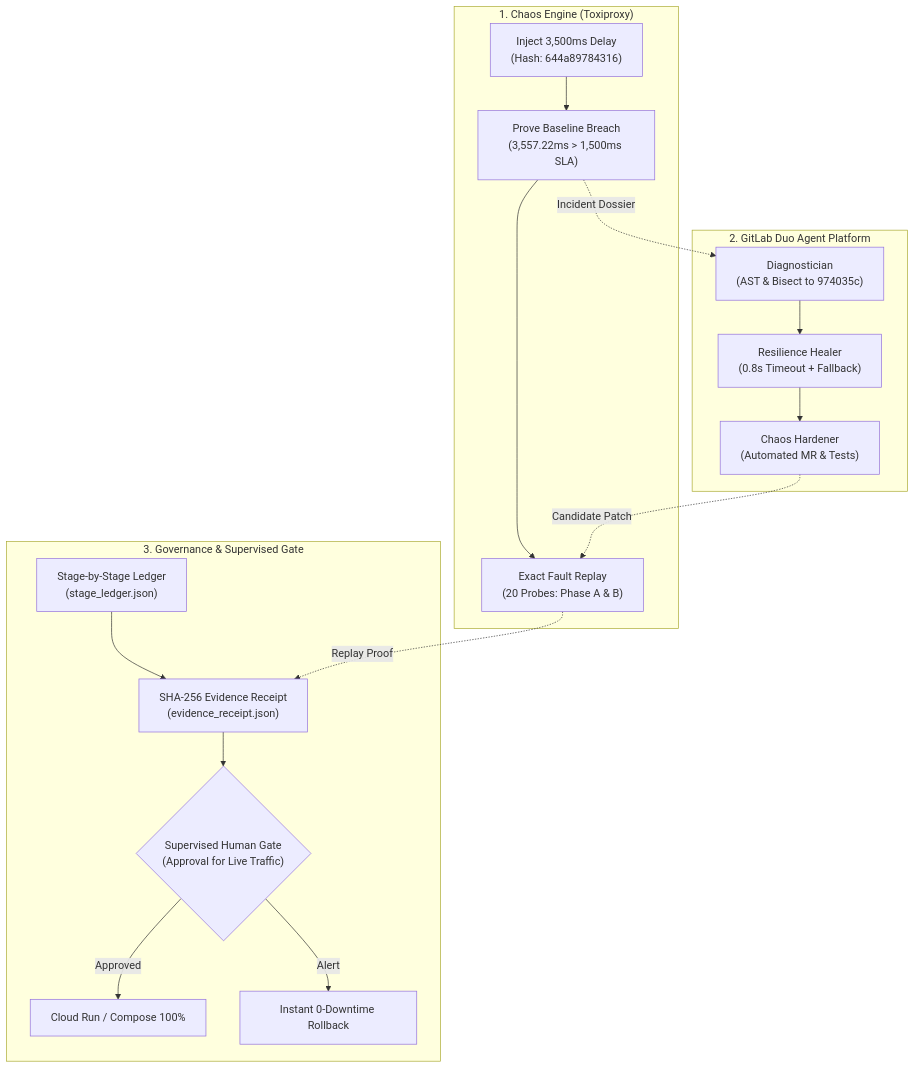
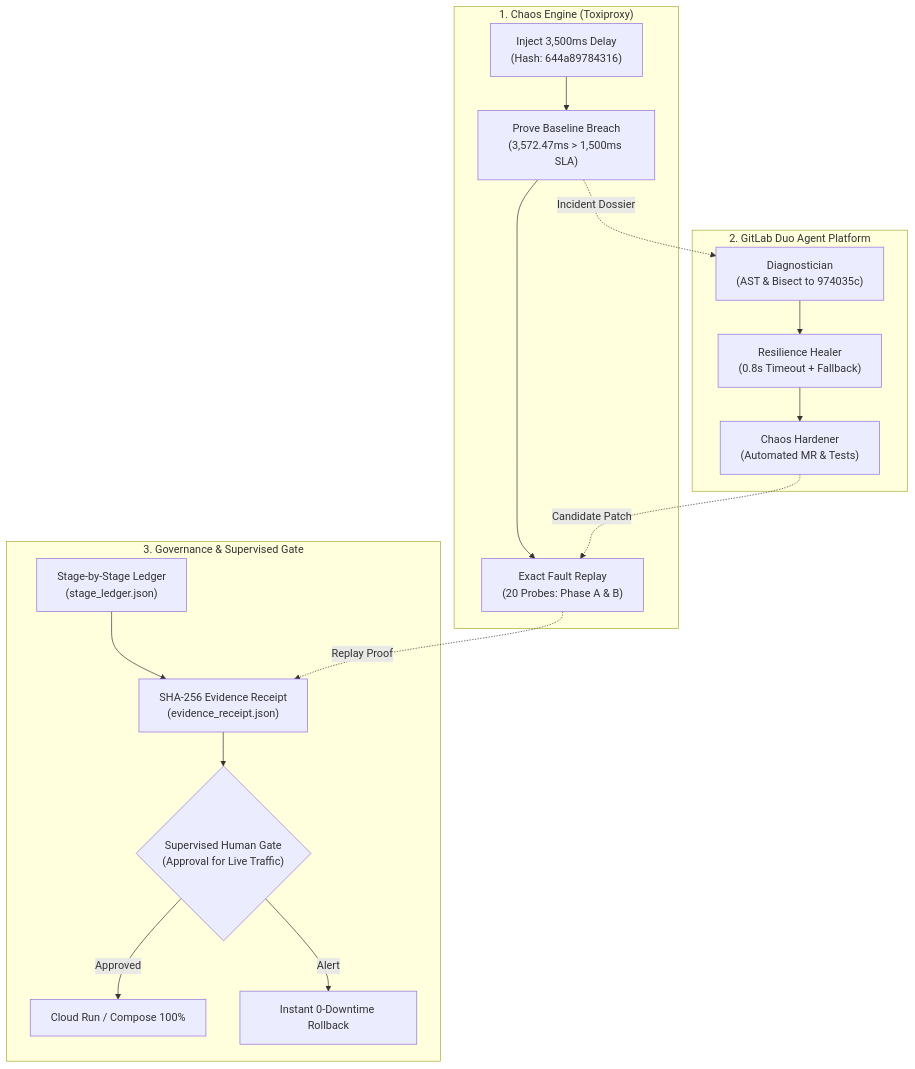
One commit to rajpriyanid-creator/faultforge changed the second of 3 diagrams in README.md. Above: the diagram before and after it, drawn with Mermaid. The commit also changed other lines of this file and 6 other files, not shown here.

````diff
--- a/README.md
+++ b/README.md
@@ -151,23 +151,23 @@
 ```mermaid
 flowchart TD
     subgraph Swimlane1["1. Chaos Engine (Toxiproxy)"]
-        C1["Inject 3,500ms Delay<br/>(Hash: 644a89784316)"] --> C2["Prove Baseline Breach<br/>(3,557.22ms > 1,500ms SLA)"]
+        C1["Inject 3,500ms Delay<br/>(Hash: 644a89784316)"] --> C2["Prove Baseline Breach<br/>(3,572.47ms > 1,500ms SLA)"]
         C2 --> C3["Exact Fault Replay<br/>(20 Probes: Phase A & B)"]
     end
 
     subgraph Swimlane2["2. GitLab Duo Agent Platform"]
         D1["Diagnostician<br/>(AST & Bisect to 974035c)"] --> D2["Resilience Healer<br/>(0.8s Timeout + Fallback)"]
         D2 --> D3["Chaos Hardener<br/>(Automated MR & Tests)"]
     end
 
     subgraph Swimlane3["3. Governance & Supervised Gate"]
         G1["Stage-by-Stage Ledger<br/>(stage_ledger.json)"] --> G2["SHA-256 Evidence Receipt<br/>(evidence_receipt.json)"]
         G2 --> G3{"Supervised Human Gate<br/>(Approval for Live Traffic)"}
         G3 -->|Approved| G4["Cloud Run / Compose 100%"]
         G3 -->|Alert| G5["Instant 0-Downtime Rollback"]
     end
 
     C2 -.->|Incident Dossier| D1
     D3 -.->|Candidate Patch| C3
     C3 -.->|Replay Proof| G2
 ```
````
